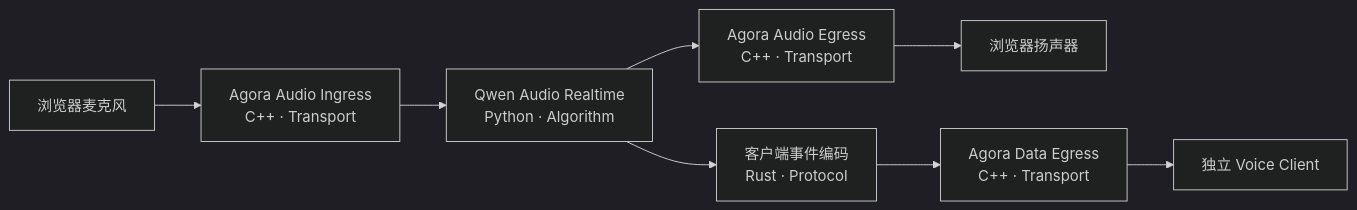
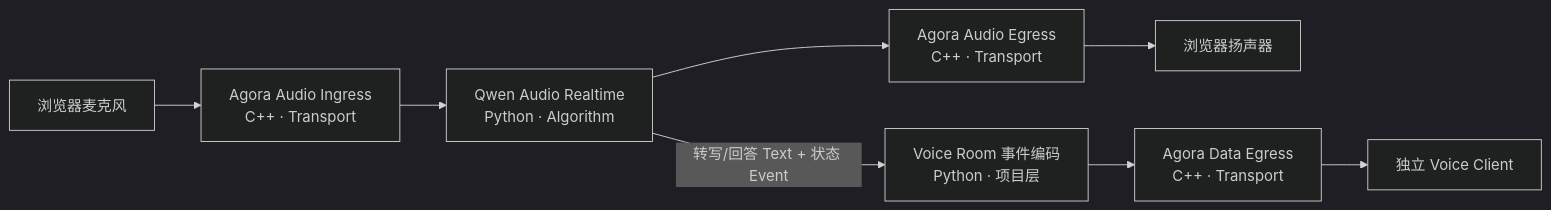
One commit to PiyotaHu/muxiva changed the first of 3 diagrams in docs/site/zh/voice-architecture.md. Above: the diagram before and after it, drawn with Mermaid (dark theme). The commit also changed other lines of this file and 111 other files, not shown here.

````diff
--- a/docs/site/zh/voice-architecture.md
+++ b/docs/site/zh/voice-architecture.md
@@ -12,10 +12,10 @@
 ```mermaid
 flowchart LR
     B["浏览器麦克风"] --> AI["Agora Audio Ingress<br/>C++ · Transport"]
     AI --> QR["Qwen Audio Realtime<br/>Python · Algorithm"]
     QR --> AO["Agora Audio Egress<br/>C++ · Transport"]
     AO --> S["浏览器扬声器"]
-    QR --> CE["客户端事件编码<br/>Rust · Protocol"]
+    QR -->|"转写/回答 Text + 状态 Event"| CE["Voice Room 事件编码<br/>Python · 项目层"]
     CE --> DO["Agora Data Egress<br/>C++ · Transport"]
     DO --> UI["独立 Voice Client"]
 ```
````
